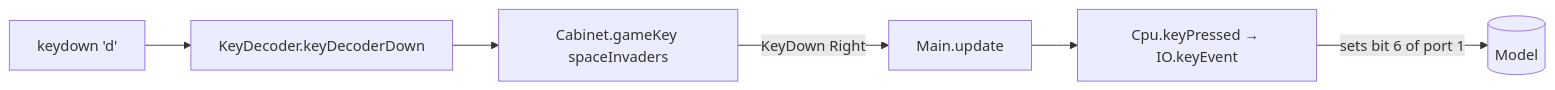
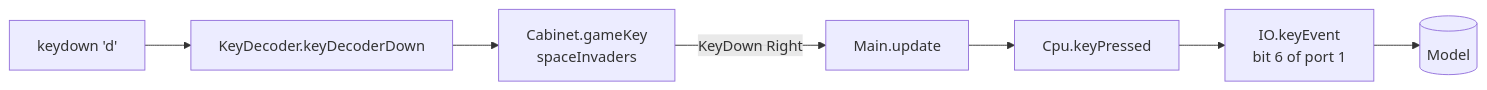
Diagram 11 of 11 in slides/slides.md (SamuelBucheliZ/elmulator), drawn with Mermaid before and after one commit. The commit also changed other lines of this file and 3 other files, not shown here.

First line of the commit message:
Slides: light theme, photo and diagrams, walk-through with code, reordered introductions

````diff
--- a/slides/slides.md
+++ b/slides/slides.md
@@ -696,8 +1275,5 @@
 ```mermaid
+%%{init: {'themeVariables': {'fontSize': '16px'}}}%%
 flowchart LR
-    K[keydown 'd'] --> D[KeyDecoder.keyDecoderDown]
-    D --> G[Cabinet.gameKey spaceInvaders]
-    G -->|KeyDown Right| U[Main.update]
-    U --> P[Cpu.keyPressed → IO.keyEvent]
-    P -->|sets bit 6 of port 1| M[(Model)]
+    K[keydown 'd'] --> D[KeyDecoder.keyDecoderDown] --> G[Cabinet.gameKey<br/>spaceInvaders] -->|KeyDown Right| U[Main.update] --> P[Cpu.keyPressed] --> IO[IO.keyEvent<br/>bit 6 of port 1] --> M[(Model)]
 ```
````
